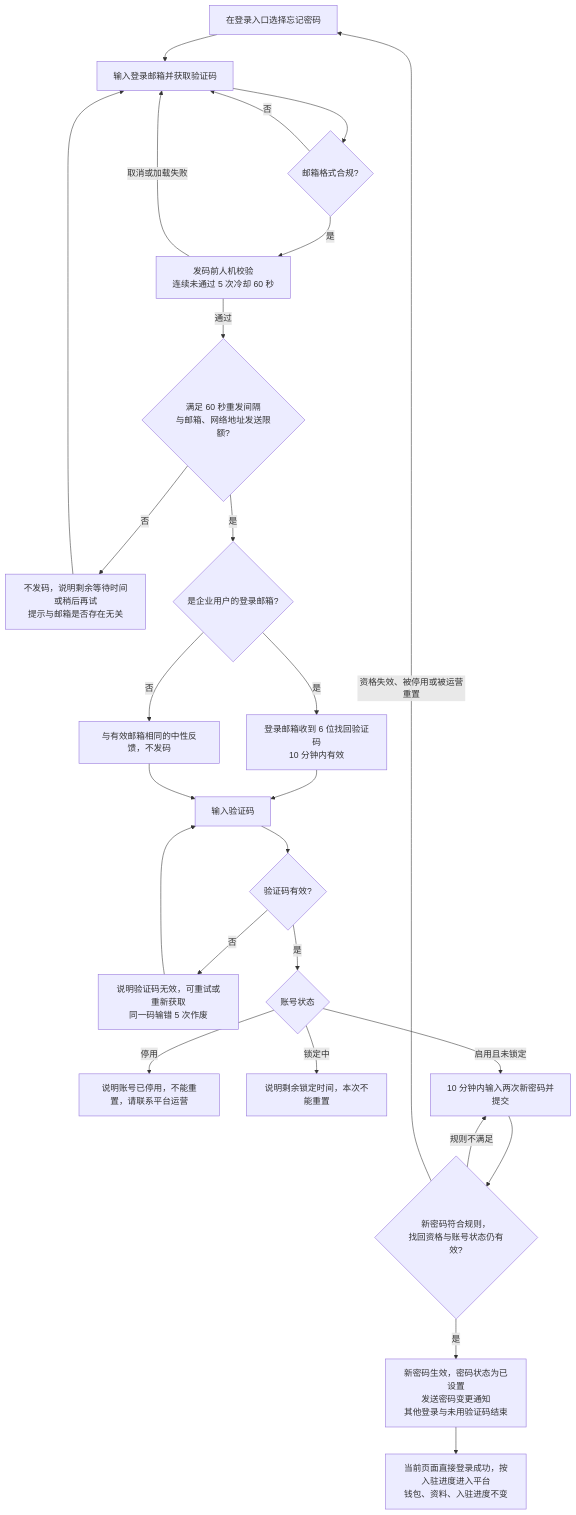
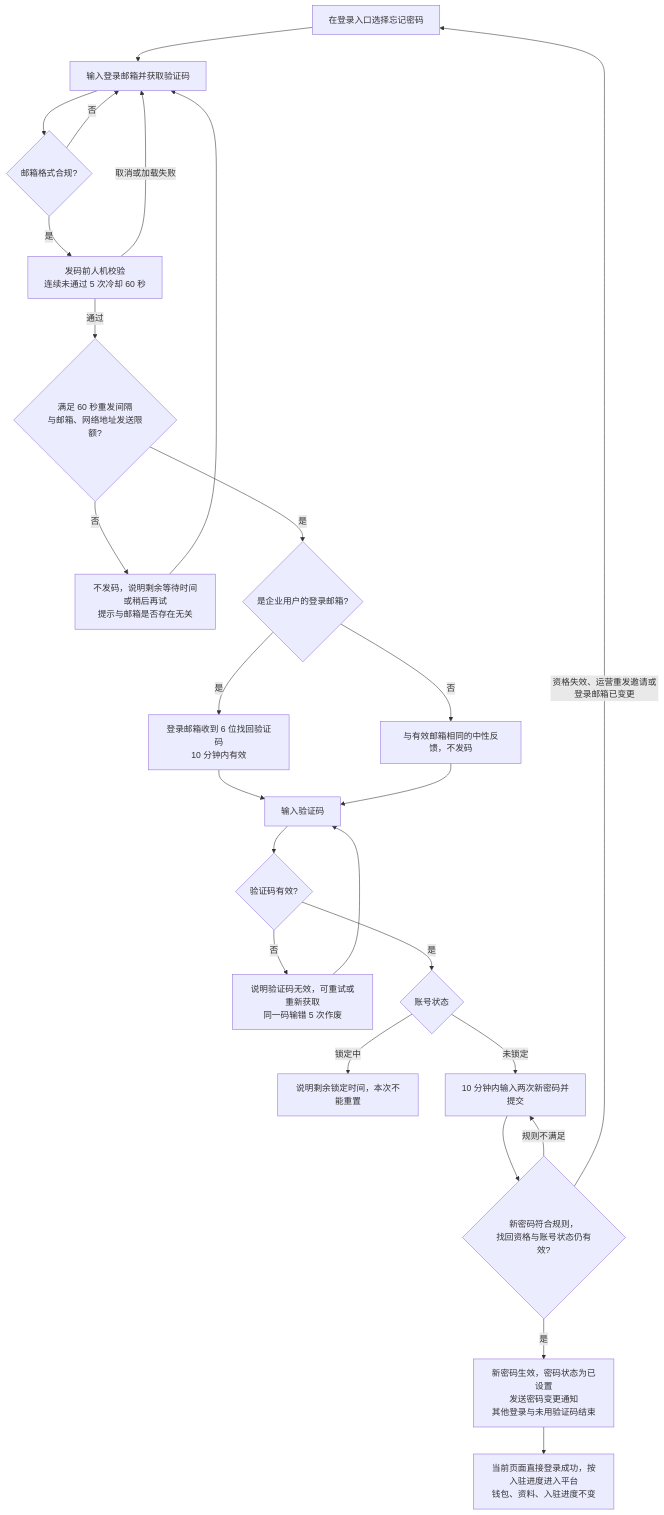
Before and after one commit to wxblockchain/Chain-Financing: the second of 11 diagrams in asset-trust-platform/PRD/企业端/M1-企业登录与首次入驻/02-企业登录与首次入驻-流程图与状态机.md, drawn with Mermaid. The commit also changed other lines of this file and 4 other files, not shown here.

````diff
--- a/asset-trust-platform/PRD/企业端/M1-企业登录与首次入驻/02-企业登录与首次入驻-流程图与状态机.md
+++ b/asset-trust-platform/PRD/企业端/M1-企业登录与首次入驻/02-企业登录与首次入驻-流程图与状态机.md
@@ -68,28 +67,27 @@
 ```mermaid
 flowchart TD
     A[在登录入口选择忘记密码] --> B[输入登录邮箱并获取验证码]
     B --> B0{邮箱格式合规?}
     B0 -->|否| B
     B0 -->|是| C[发码前人机校验<br/>连续未通过 5 次冷却 60 秒]
     C -->|取消或加载失败| B
     C -->|通过| D{满足 60 秒重发间隔<br/>与邮箱、网络地址发送限额?}
     D -->|否| D1[不发码，说明剩余等待时间或稍后再试<br/>提示与邮箱是否存在无关]
     D1 --> B
     D -->|是| E{是企业用户的登录邮箱?}
     E -->|否| E1[与有效邮箱相同的中性反馈，不发码]
     E -->|是| E2[登录邮箱收到 6 位找回验证码<br/>10 分钟内有效]
     E2 --> F[输入验证码]
     E1 --> F
     F --> G{验证码有效?}
     G -->|否| G1[说明验证码无效，可重试或重新获取<br/>同一码输错 5 次作废]
     G1 --> F
     G -->|是| H{账号状态}
-    H -->|停用| H1[说明账号已停用，不能重置，请联系平台运营]
     H -->|锁定中| H2[说明剩余锁定时间，本次不能重置]
-    H -->|启用且未锁定| I[10 分钟内输入两次新密码并提交]
+    H -->|未锁定| I[10 分钟内输入两次新密码并提交]
     I --> J{新密码符合规则，<br/>找回资格与账号状态仍有效?}
     J -->|规则不满足| I
-    J -->|资格失效、被停用或被运营重置| A
+    J -->|资格失效、运营重发邀请或登录邮箱已变更| A
     J -->|是| K[新密码生效，密码状态为已设置<br/>发送密码变更通知<br/>其他登录与未用验证码结束]
     K --> L[当前页面直接登录成功，按入驻进度进入平台<br/>钱包、资料、入驻进度不变]
 ```
````
